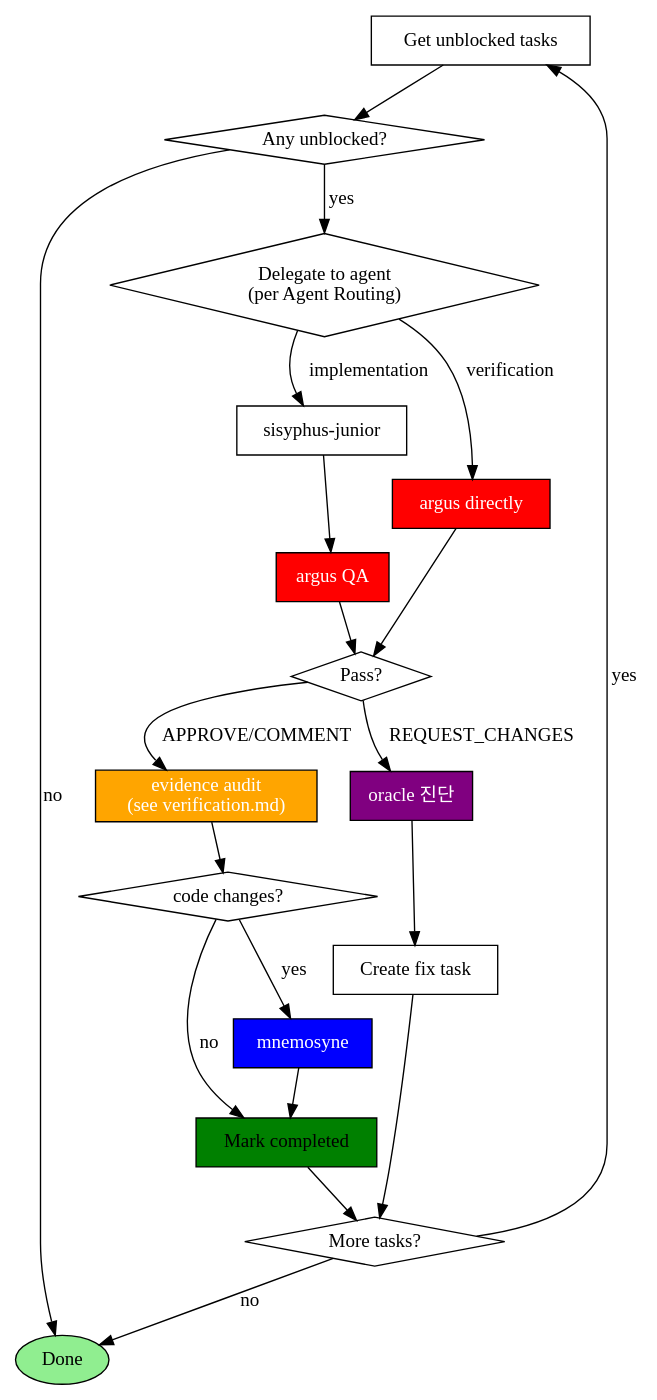
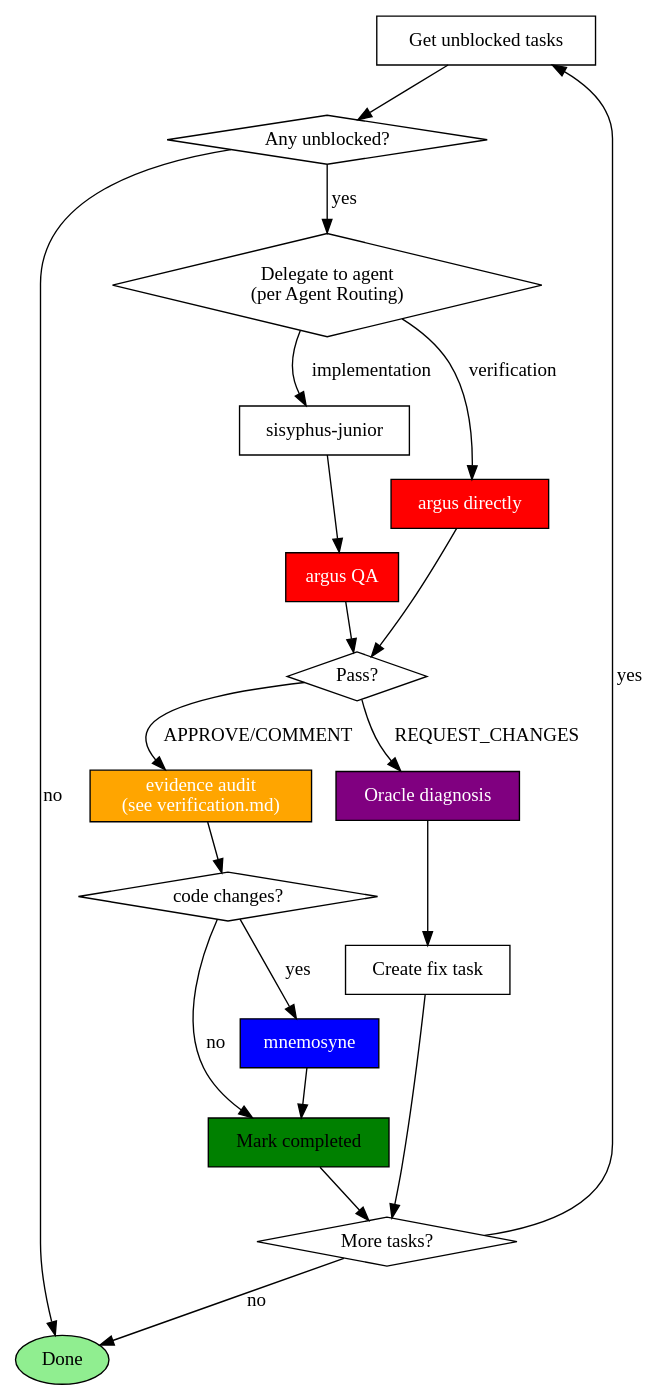
One commit to toongri/oh-my-toong-playground changed the diagram in skills/sisyphus/SKILL.md. Above: the diagram before and after it, drawn with Graphviz. The commit also changed other lines of this file and 1 other file, not shown here.

````diff
--- a/skills/sisyphus/SKILL.md
+++ b/skills/sisyphus/SKILL.md
@@ -151,40 +153,40 @@
 ```dot
 digraph task_loop {
     rankdir=TB;
     "Get unblocked tasks" [shape=box];
     "Any unblocked?" [shape=diamond];
     "Delegate to agent\n(per Agent Routing)" [shape=diamond];
     "sisyphus-junior" [shape=box];
     "argus directly" [shape=box, style=filled, fillcolor=red, fontcolor=white];
     "argus QA" [shape=box, style=filled, fillcolor=red, fontcolor=white];
     "Pass?" [shape=diamond];
     "evidence audit\n(see verification.md)" [shape=box, style=filled, fillcolor=orange, fontcolor=white];
     "code changes?" [shape=diamond];
     "mnemosyne" [shape=box, style=filled, fillcolor=blue, fontcolor=white];
     "Mark completed" [shape=box, style=filled, fillcolor=green];
-    "oracle 진단" [shape=box, style=filled, fillcolor=purple, fontcolor=white];
+    "Oracle diagnosis" [shape=box, style=filled, fillcolor=purple, fontcolor=white];
     "Create fix task" [shape=box];
     "More tasks?" [shape=diamond];
     "Done" [shape=ellipse, style=filled, fillcolor=lightgreen];
 
     "Get unblocked tasks" -> "Any unblocked?";
     "Any unblocked?" -> "Delegate to agent\n(per Agent Routing)" [label="yes"];
     "Any unblocked?" -> "Done" [label="no"];
     "Delegate to agent\n(per Agent Routing)" -> "sisyphus-junior" [label="implementation"];
     "Delegate to agent\n(per Agent Routing)" -> "argus directly" [label="verification"];
     "sisyphus-junior" -> "argus QA";
     "argus QA" -> "Pass?";
     "Pass?" -> "evidence audit\n(see verification.md)" [label="APPROVE/COMMENT"];
-    "Pass?" -> "oracle 진단" [label="REQUEST_CHANGES"];
+    "Pass?" -> "Oracle diagnosis" [label="REQUEST_CHANGES"];
     "evidence audit\n(see verification.md)" -> "code changes?";
     "code changes?" -> "mnemosyne" [label="yes"];
     "code changes?" -> "Mark completed" [label="no"];
     "mnemosyne" -> "Mark completed";
     "argus directly" -> "Pass?";
-    "oracle 진단" -> "Create fix task";
+    "Oracle diagnosis" -> "Create fix task";
     "Mark completed" -> "More tasks?";
     "Create fix task" -> "More tasks?";
     "More tasks?" -> "Get unblocked tasks" [label="yes"];
     "More tasks?" -> "Done" [label="no"];
 }
 ```
````
